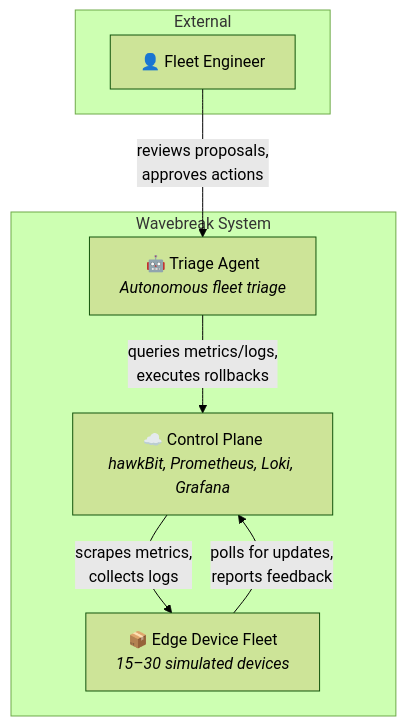
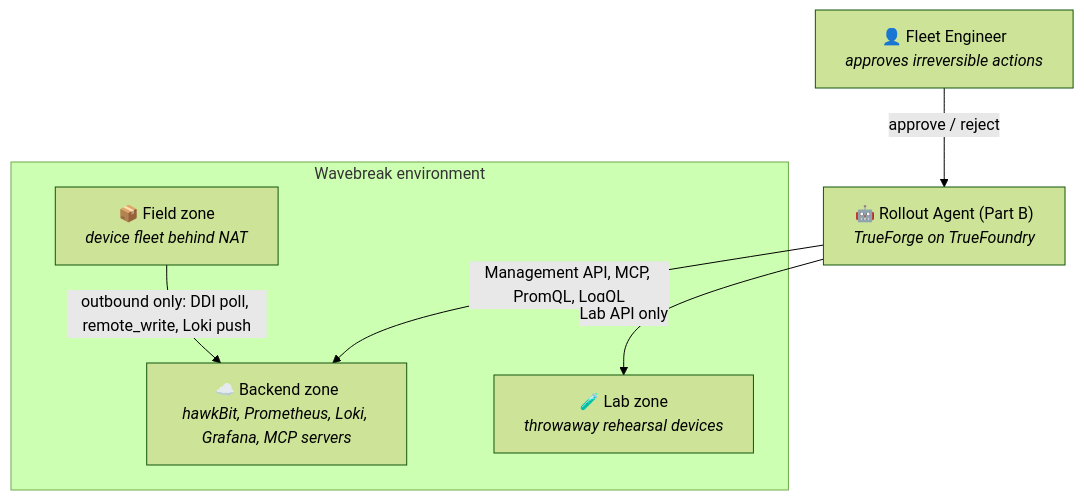
Before and after one commit to phoenixsac/wavebreak: the first of 8 diagrams in docs/architecture.md, drawn with Mermaid (forest theme). The commit also changed other lines of this file and 10 other files, not shown here.

````diff
--- a/docs/architecture.md
+++ b/docs/architecture.md
@@ -40,17 +47,16 @@
 ```mermaid
 flowchart TB
-    subgraph ext["External"]
-        eng["👤 Fleet Engineer"]
+    eng["👤 Fleet Engineer<br/><i>approves irreversible actions</i>"]
+    agent["🤖 Rollout Agent (Part B)<br/><i>TrueForge on TrueFoundry</i>"]
+
+    subgraph wb["Wavebreak environment"]
+        backend["☁️ Backend zone<br/><i>hawkBit, Prometheus, Loki, Grafana, MCP servers</i>"]
+        field["📦 Field zone<br/><i>device fleet behind NAT</i>"]
+        lab["🧪 Lab zone<br/><i>throwaway rehearsal devices</i>"]
     end
 
-    subgraph wavebreak["Wavebreak System"]
-        agent_box["🤖 Triage Agent<br/><i>Autonomous fleet triage</i>"]
-        cp["☁️ Control Plane<br/><i>hawkBit, Prometheus, Loki, Grafana</i>"]
-        fleet["📦 Edge Device Fleet<br/><i>15–30 simulated devices</i>"]
-    end
-
-    eng -- "reviews proposals,<br/>approves actions" --> agent_box
-    agent_box -- "queries metrics/logs,<br/>executes rollbacks" --> cp
-    cp -- "scrapes metrics,<br/>collects logs" --> fleet
-    fleet -- "polls for updates,<br/>reports feedback" --> cp
+    eng -- "approve / reject" --> agent
+    agent -- "Management API, MCP, PromQL, LogQL" --> backend
+    agent -- "Lab API only" --> lab
+    field -- "outbound only: DDI poll, remote_write, Loki push" --> backend
 ```
````
